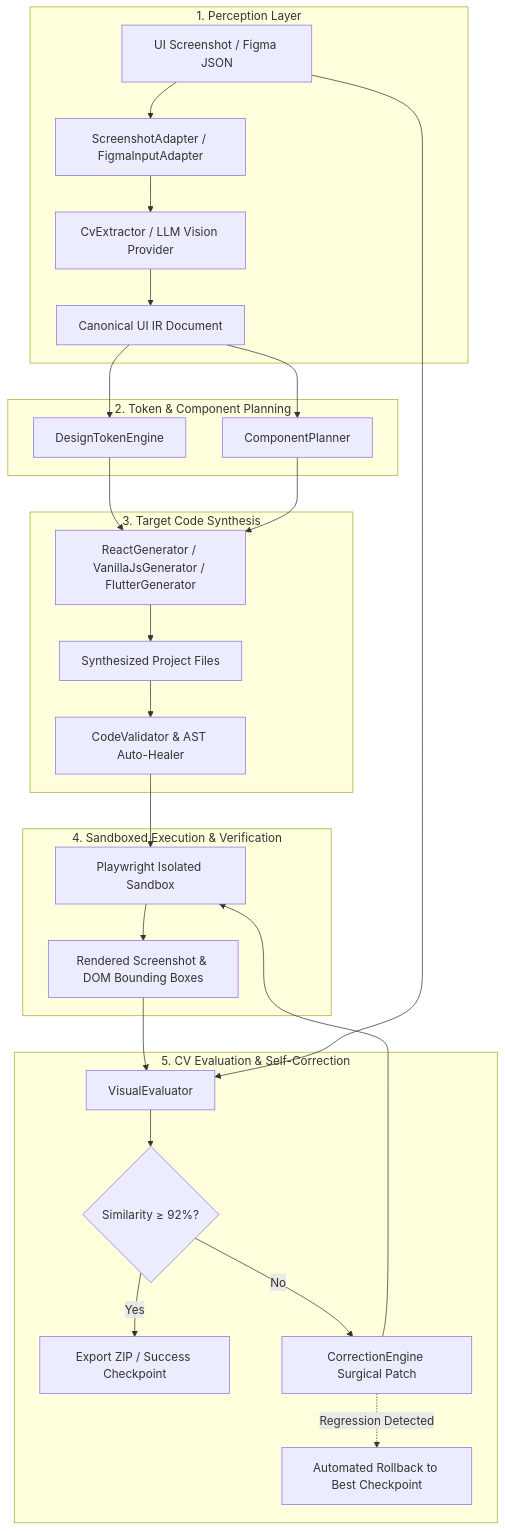
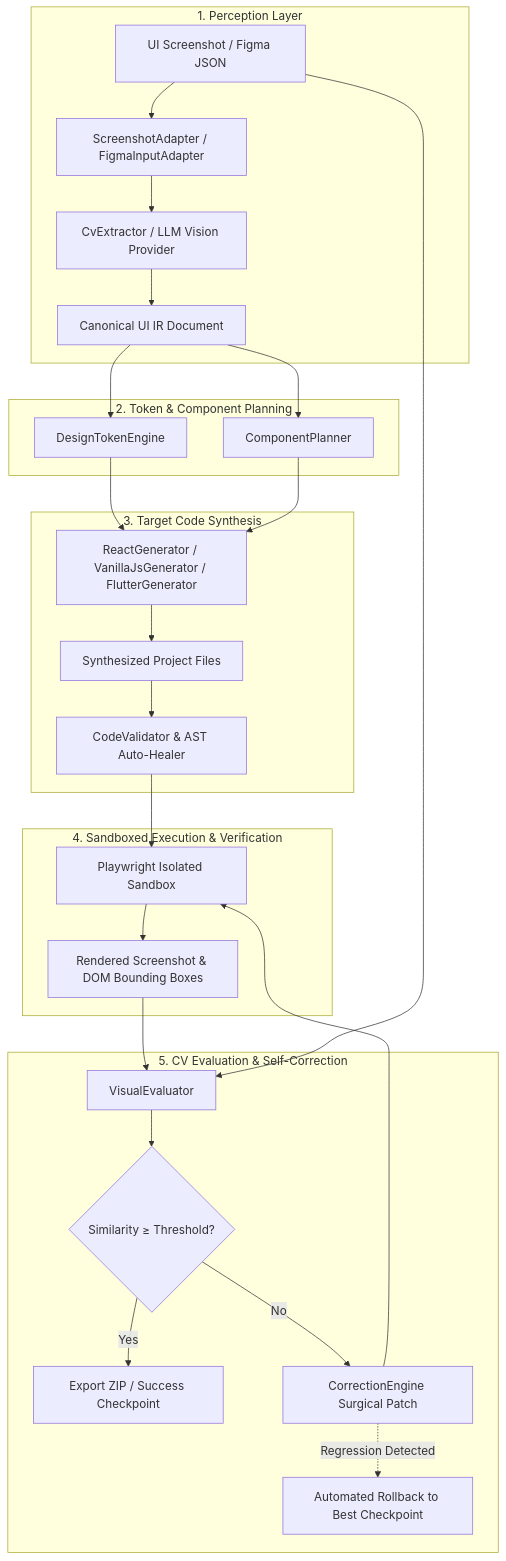
The diagram in README.md (VoidVedh/AIUI), drawn with Mermaid before and after one commit. The commit also changed other lines of this file and 32 other files, not shown here.

````diff
--- a/README.md
+++ b/README.md
@@ -36,35 +35,35 @@
 ```mermaid
 flowchart TD
     subgraph Perception ["1. Perception Layer"]
         A[UI Screenshot / Figma JSON] --> B[ScreenshotAdapter / FigmaInputAdapter]
         B --> C[CvExtractor / LLM Vision Provider]
         C --> D[Canonical UI IR Document]
     end
 
     subgraph Planning ["2. Token & Component Planning"]
         D --> E[DesignTokenEngine]
         D --> F[ComponentPlanner]
     end
 
     subgraph Generation ["3. Target Code Synthesis"]
         E --> G[ReactGenerator / VanillaJsGenerator / FlutterGenerator]
         F --> G
         G --> H[Synthesized Project Files]
         H --> I[CodeValidator & AST Auto-Healer]
     end
 
     subgraph Sandboxing ["4. Sandboxed Execution & Verification"]
         I --> J[Playwright Isolated Sandbox]
         J --> K[Rendered Screenshot & DOM Bounding Boxes]
     end
 
     subgraph Evaluation ["5. CV Evaluation & Self-Correction"]
         K --> L[VisualEvaluator]
         A --> L
-        L --> M{Similarity ≥ 92%?}
+        L --> M{Similarity ≥ Threshold?}
         M -- Yes --> N[Export ZIP / Success Checkpoint]
         M -- No --> O[CorrectionEngine Surgical Patch]
         O --> J
         O -. Regression Detected .-> P[Automated Rollback to Best Checkpoint]
     end
 ```
````
